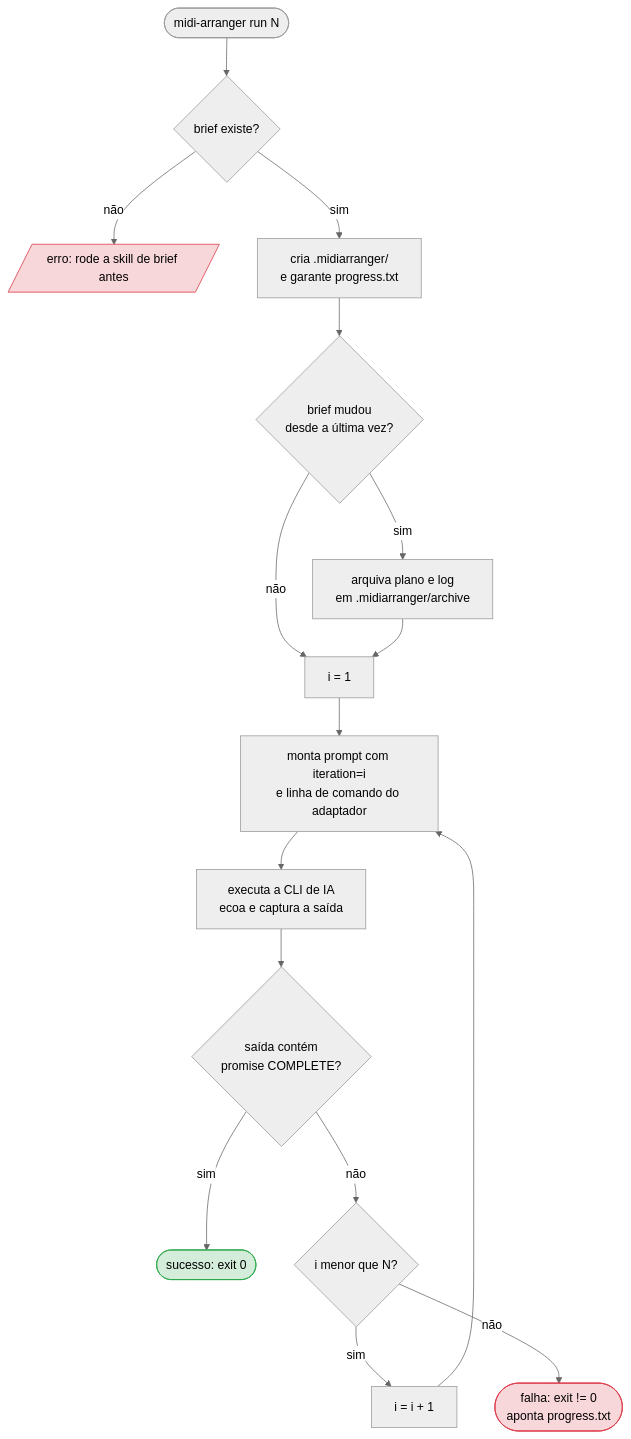
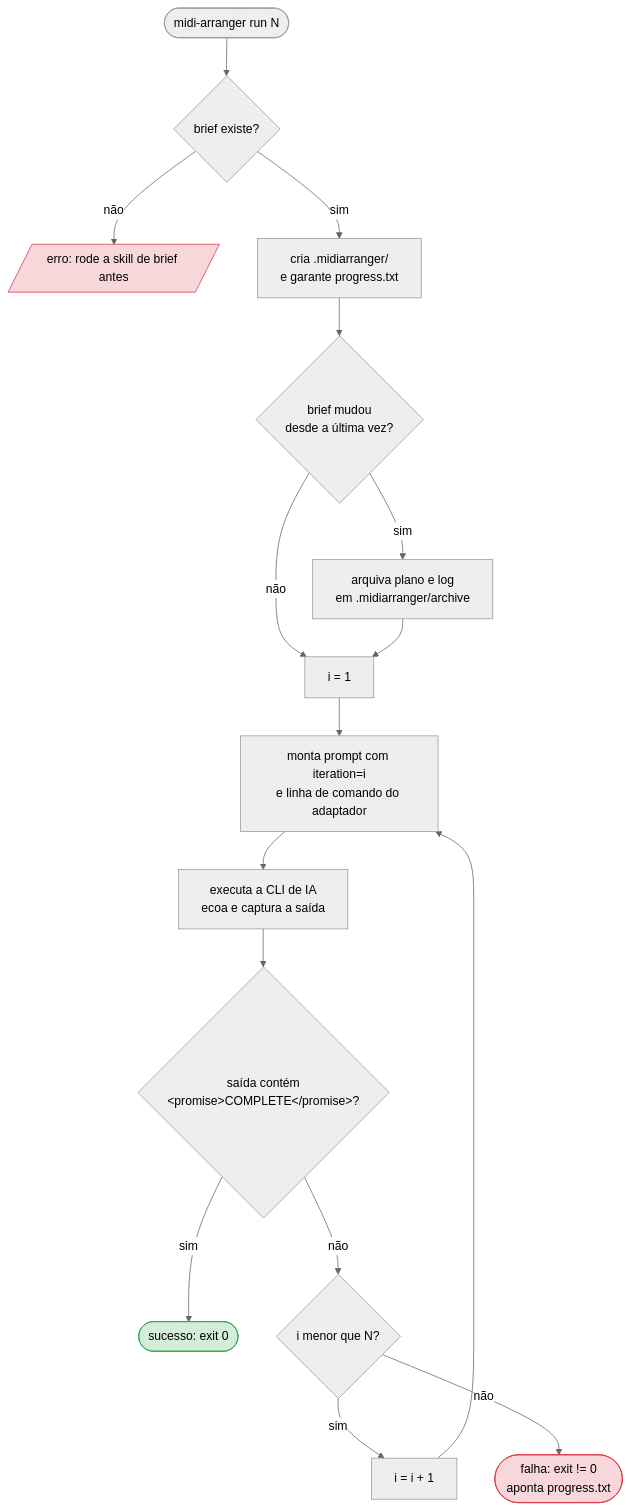
Before and after one commit to OvictorVieira/midi.arranger.cli: the second of 5 diagrams in docs/fluxo-harness.md, drawn with Mermaid (neutral theme). The commit also changed other lines of this file and 11 other files, not shown here.

````diff
--- a/docs/fluxo-harness.md
+++ b/docs/fluxo-harness.md
@@ -42,22 +42,22 @@
 ```mermaid
 flowchart TD
     Start([midi-arranger run N]) --> Check{brief existe?}
     Check -->|não| Die[/erro: rode a skill de brief antes/]
     Check -->|sim| State[cria .midiarranger/<br/>e garante progress.txt]
     State --> Arch{brief mudou<br/>desde a última vez?}
     Arch -->|sim| Archive[arquiva plano e log<br/>em .midiarranger/archive]
     Arch -->|não| Loop
     Archive --> Loop
 
     Loop[i = 1] --> Invoke[monta prompt com iteration=i<br/>e linha de comando do adaptador]
     Invoke --> Run[executa a CLI de IA<br/>ecoa e captura a saída]
-    Run --> Sentinel{saída contém<br/>promise COMPLETE?}
+    Run --> Sentinel{saída contém<br/>&lt;promise&gt;COMPLETE&lt;/promise&gt;?}
     Sentinel -->|sim| Done([sucesso: exit 0])
     Sentinel -->|não| Next{i menor que N?}
     Next -->|sim| Inc[i = i + 1] --> Invoke
     Next -->|não| Fail([falha: exit != 0<br/>aponta progress.txt])
 
     style Done fill:#d4edda,stroke:#28a745,color:#000
     style Fail fill:#f8d7da,stroke:#dc3545,color:#000
     style Die fill:#f8d7da,stroke:#dc3545,color:#000
 ```
````
